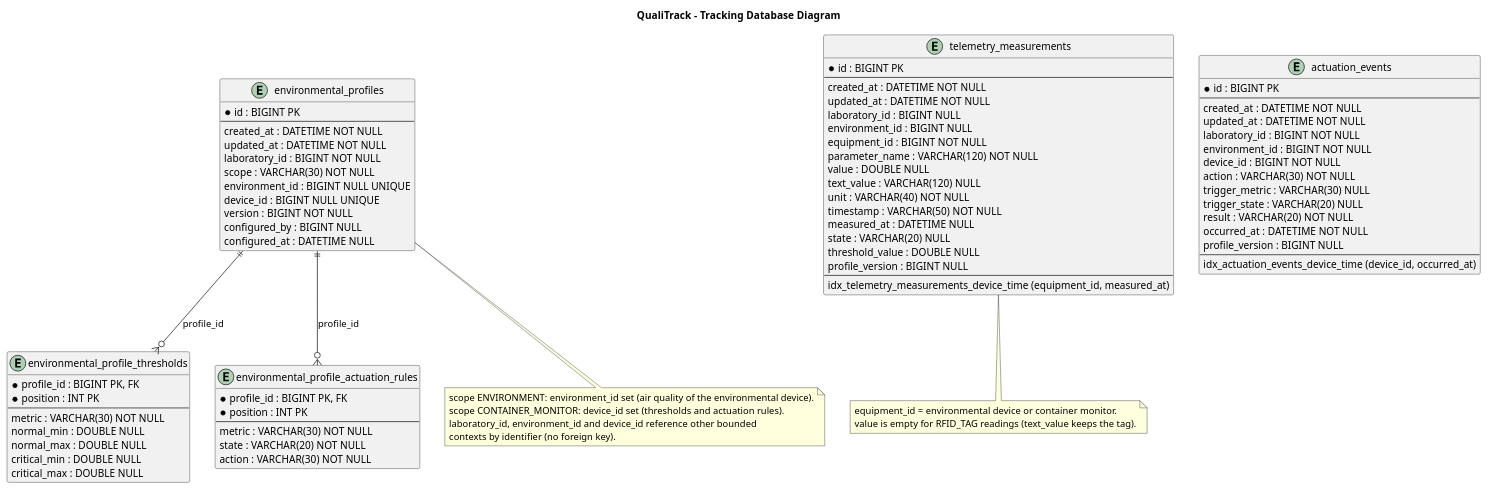
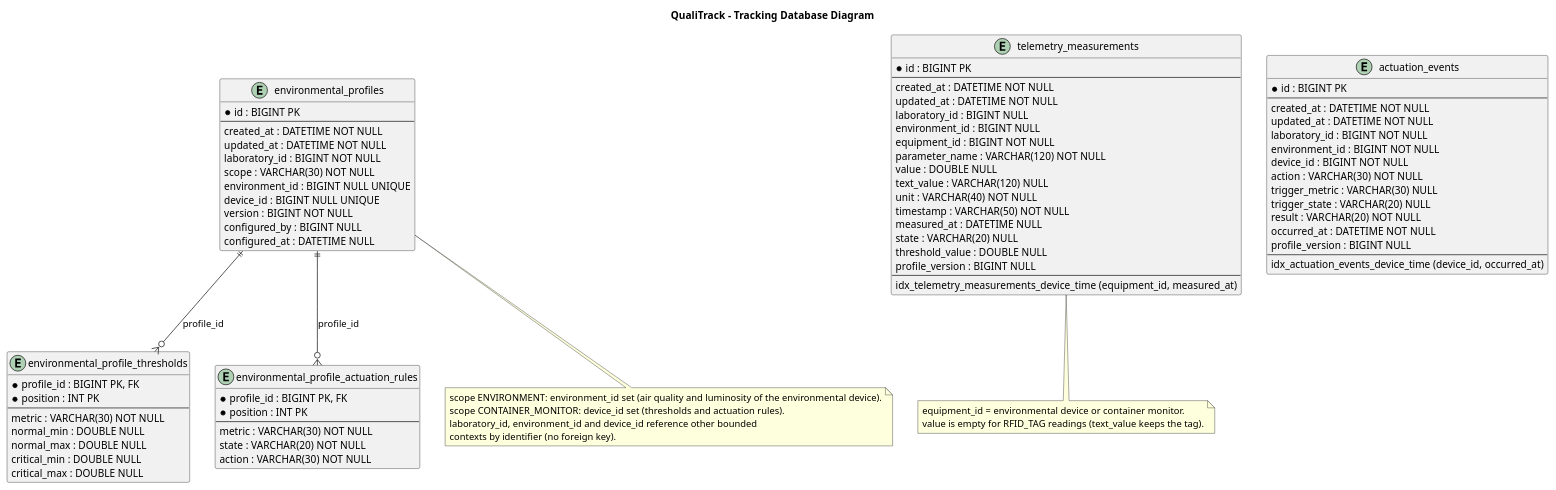
The diagram in docs/diagrams/tracking/tracking-database-diagram.puml (IoTech-2620-8741/qualitrack-platform), drawn with PlantUML before and after one commit. The commit also changed 4 other files, not shown here.

Commit message:
docs(tracking): document luminosity in the environment telemetry

```diff
--- a/docs/diagrams/tracking/tracking-database-diagram.puml
+++ b/docs/diagrams/tracking/tracking-database-diagram.puml
@@ -1,96 +1,96 @@
 @startuml tracking-database-diagram
 
 title QualiTrack - Tracking Database Diagram
 
 hide methods
 hide stereotypes
 
 entity "environmental_profiles" {
   * id : BIGINT PK
   --
   created_at : DATETIME NOT NULL
   updated_at : DATETIME NOT NULL
   laboratory_id : BIGINT NOT NULL
   scope : VARCHAR(30) NOT NULL
   environment_id : BIGINT NULL UNIQUE
   device_id : BIGINT NULL UNIQUE
   version : BIGINT NOT NULL
   configured_by : BIGINT NULL
   configured_at : DATETIME NULL
 }
 
 entity "environmental_profile_thresholds" {
   * profile_id : BIGINT PK, FK
   * position : INT PK
   --
   metric : VARCHAR(30) NOT NULL
   normal_min : DOUBLE NULL
   normal_max : DOUBLE NULL
   critical_min : DOUBLE NULL
   critical_max : DOUBLE NULL
 }
 
 entity "environmental_profile_actuation_rules" {
   * profile_id : BIGINT PK, FK
   * position : INT PK
   --
   metric : VARCHAR(30) NOT NULL
   state : VARCHAR(20) NOT NULL
   action : VARCHAR(30) NOT NULL
 }
 
 entity "telemetry_measurements" {
   * id : BIGINT PK
   --
   created_at : DATETIME NOT NULL
   updated_at : DATETIME NOT NULL
   laboratory_id : BIGINT NULL
   environment_id : BIGINT NULL
   equipment_id : BIGINT NOT NULL
   parameter_name : VARCHAR(120) NOT NULL
   value : DOUBLE NULL
   text_value : VARCHAR(120) NULL
   unit : VARCHAR(40) NOT NULL
   timestamp : VARCHAR(50) NOT NULL
   measured_at : DATETIME NULL
   state : VARCHAR(20) NULL
   threshold_value : DOUBLE NULL
   profile_version : BIGINT NULL
   --
   idx_telemetry_measurements_device_time (equipment_id, measured_at)
 }
 
 entity "actuation_events" {
   * id : BIGINT PK
   --
   created_at : DATETIME NOT NULL
   updated_at : DATETIME NOT NULL
   laboratory_id : BIGINT NOT NULL
   environment_id : BIGINT NOT NULL
   device_id : BIGINT NOT NULL
   action : VARCHAR(30) NOT NULL
   trigger_metric : VARCHAR(30) NULL
   trigger_state : VARCHAR(20) NULL
   result : VARCHAR(20) NOT NULL
   occurred_at : DATETIME NOT NULL
   profile_version : BIGINT NULL
   --
   idx_actuation_events_device_time (device_id, occurred_at)
 }
 
 environmental_profiles ||--o{ environmental_profile_thresholds : profile_id
 environmental_profiles ||--o{ environmental_profile_actuation_rules : profile_id
 
 note bottom of environmental_profiles
-  scope ENVIRONMENT: environment_id set (air quality of the environmental device).
+  scope ENVIRONMENT: environment_id set (air quality and luminosity of the environmental device).
   scope CONTAINER_MONITOR: device_id set (thresholds and actuation rules).
   laboratory_id, environment_id and device_id reference other bounded
   contexts by identifier (no foreign key).
 end note
 
 note bottom of telemetry_measurements
   equipment_id = environmental device or container monitor.
   value is empty for RFID_TAG readings (text_value keeps the tag).
 end note
 
 @enduml
```
